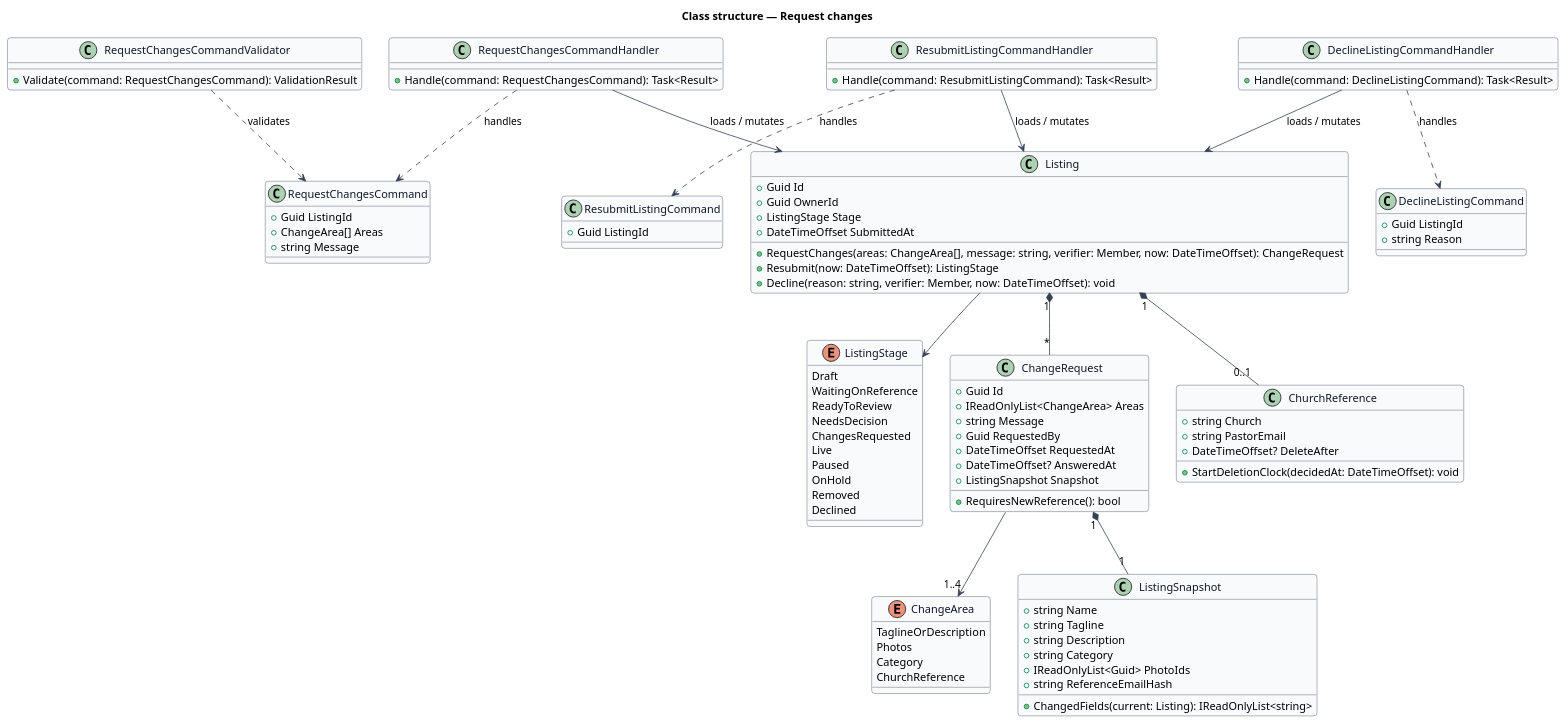
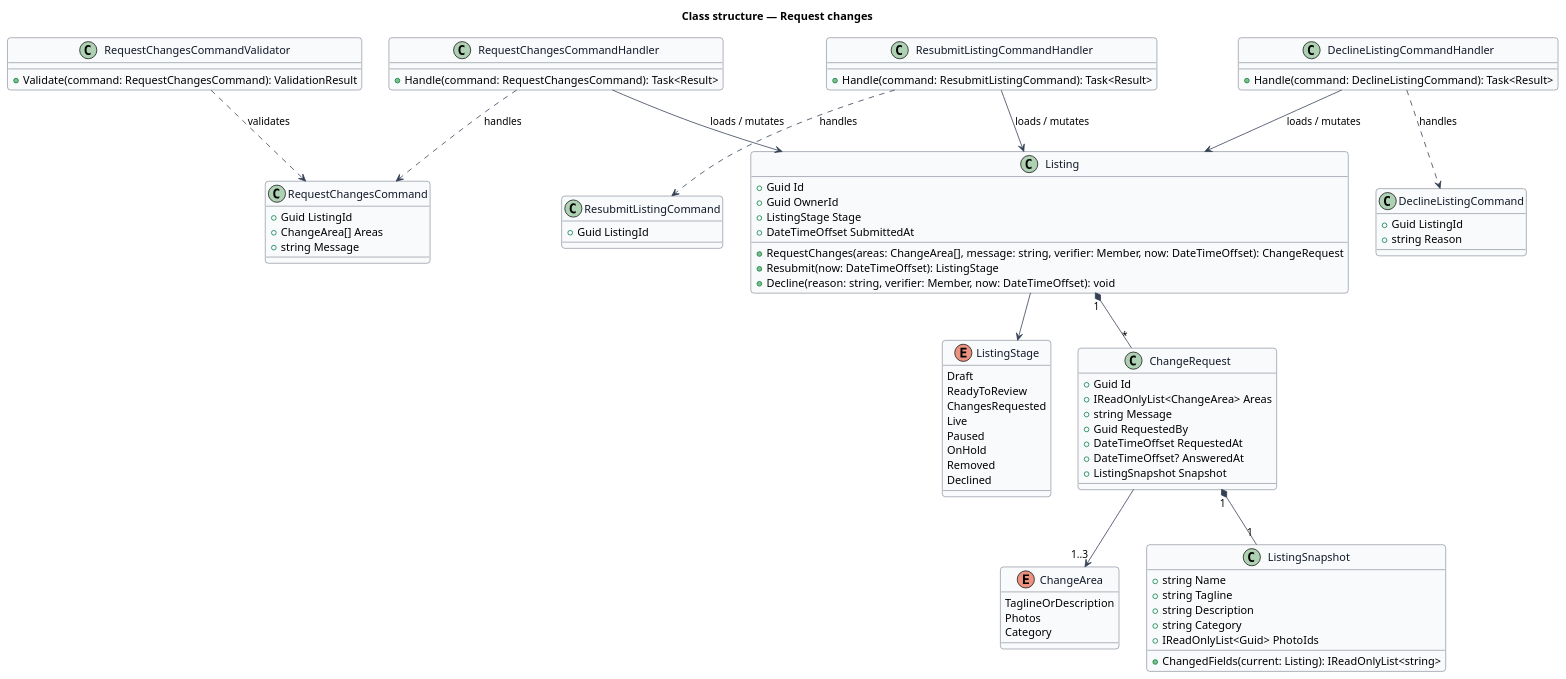
Before and after one commit to QuinntyneBrown/jubilee: the diagram in docs/detailed-designs/verification/request-changes/diagrams/class-structure.puml, drawn with PlantUML. The commit also changed 333 other files, not shown here.

First line of the commit message:
Align the ADRs, designs, mocks, design system, estimates and film text with the removed church reference

```diff
--- a/docs/detailed-designs/verification/request-changes/diagrams/class-structure.puml
+++ b/docs/detailed-designs/verification/request-changes/diagrams/class-structure.puml
@@ -1,102 +1,90 @@
 @startuml
 skinparam backgroundColor #FFFFFF
 skinparam shadowing false
 skinparam roundcorner 8
 skinparam defaultFontName Arial
 skinparam ArrowColor #344054
 skinparam class {
   BorderColor #344054
   FontColor #101828
   BackgroundColor #F9FAFB
 }
 title Class structure — Request changes
 enum ListingStage {
   Draft
-  WaitingOnReference
   ReadyToReview
-  NeedsDecision
   ChangesRequested
   Live
   Paused
   OnHold
   Removed
   Declined
 }
 enum ChangeArea {
   TaglineOrDescription
   Photos
   Category
-  ChurchReference
 }
 class Listing {
   +Guid Id
   +Guid OwnerId
   +ListingStage Stage
   +DateTimeOffset SubmittedAt
   +RequestChanges(areas: ChangeArea[], message: string, verifier: Member, now: DateTimeOffset): ChangeRequest
   +Resubmit(now: DateTimeOffset): ListingStage
   +Decline(reason: string, verifier: Member, now: DateTimeOffset): void
 }
 class ChangeRequest {
   +Guid Id
   +IReadOnlyList<ChangeArea> Areas
   +string Message
   +Guid RequestedBy
   +DateTimeOffset RequestedAt
   +DateTimeOffset? AnsweredAt
   +ListingSnapshot Snapshot
-  +RequiresNewReference(): bool
 }
 class ListingSnapshot {
   +string Name
   +string Tagline
   +string Description
   +string Category
   +IReadOnlyList<Guid> PhotoIds
-  +string ReferenceEmailHash
   +ChangedFields(current: Listing): IReadOnlyList<string>
-}
-class ChurchReference {
-  +string Church
-  +string PastorEmail
-  +DateTimeOffset? DeleteAfter
-  +StartDeletionClock(decidedAt: DateTimeOffset): void
 }
 class RequestChangesCommand {
   +Guid ListingId
   +ChangeArea[] Areas
   +string Message
 }
 class RequestChangesCommandValidator {
   +Validate(command: RequestChangesCommand): ValidationResult
 }
 class RequestChangesCommandHandler {
   +Handle(command: RequestChangesCommand): Task<Result>
 }
 class ResubmitListingCommand {
   +Guid ListingId
 }
 class ResubmitListingCommandHandler {
   +Handle(command: ResubmitListingCommand): Task<Result>
 }
 class DeclineListingCommand {
   +Guid ListingId
   +string Reason
 }
 class DeclineListingCommandHandler {
   +Handle(command: DeclineListingCommand): Task<Result>
 }
 
 RequestChangesCommandHandler ..> RequestChangesCommand : handles
 RequestChangesCommandValidator ..> RequestChangesCommand : validates
 ResubmitListingCommandHandler ..> ResubmitListingCommand : handles
 DeclineListingCommandHandler ..> DeclineListingCommand : handles
 RequestChangesCommandHandler --> Listing : loads / mutates
 ResubmitListingCommandHandler --> Listing : loads / mutates
 DeclineListingCommandHandler --> Listing : loads / mutates
 Listing "1" *-- "*" ChangeRequest
-Listing "1" *-- "0..1" ChurchReference
 ChangeRequest "1" *-- "1" ListingSnapshot
-ChangeRequest --> "1..4" ChangeArea
+ChangeRequest --> "1..3" ChangeArea
 Listing --> ListingStage
 @enduml
```
